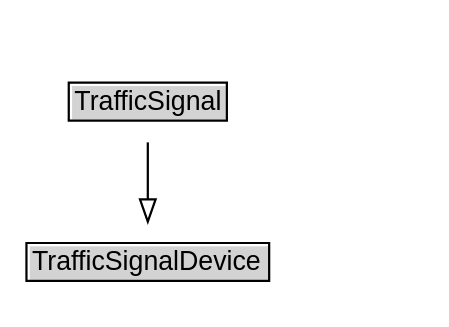
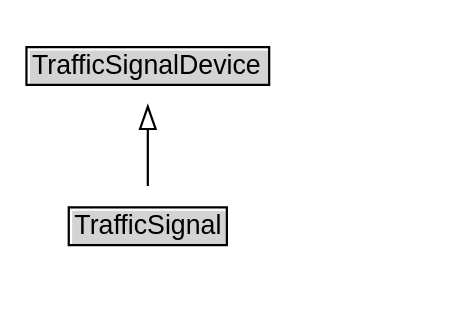
The diagram in docs/diagrams/TrafficSignal.dot (k-vaughn/ontology-its-regulation), drawn with Graphviz before and after one commit. The commit also changed 222 other files, not shown here.

```diff
--- a/docs/diagrams/TrafficSignal.dot
+++ b/docs/diagrams/TrafficSignal.dot
@@ -1,16 +1,19 @@
 // Diagram for TrafficSignal
 digraph {
 	graph [overlap=false rankdir=TB splines=true]
 	node [fontname=Arial fontsize=12 margin=0 shape=none]
 	edge [fontname=Arial fontsize=11]
+	{
+		rank=source
+		TrafficSignalDevice [label=<<TABLE BORDER="1" CELLBORDER="0" CELLSPACING="0" CELLPADDING="1"><TR><TD BGCOLOR="lightgray" ALIGN="CENTER">TrafficSignalDevice</TD></TR></TABLE>> URL="../TrafficSignalDevice" margin=0]
+	}
 	TrafficSignal [label=<<TABLE BORDER="1" CELLBORDER="0" CELLSPACING="0" CELLPADDING="1"><TR><TD BGCOLOR="lightgray" ALIGN="CENTER">TrafficSignal</TD></TR></TABLE>> URL="../TrafficSignal" margin=0]
 	{
 		rank=max
 	}
 	subgraph cluster_associated {
 		label="" style=invis
 		Invis [label=<<TABLE BORDER="0" CELLBORDER="0" CELLSPACING="0" CELLPADDING="1"><TR><TD></TD></TR></TABLE>> margin=0 style=invis]
 	}
-	TrafficSignalDevice [label=<<TABLE BORDER="1" CELLBORDER="0" CELLSPACING="0" CELLPADDING="1"><TR><TD BGCOLOR="lightgray" ALIGN="CENTER">TrafficSignalDevice</TD></TR></TABLE>> URL="../TrafficSignalDevice" margin=0]
 	TrafficSignal -> TrafficSignalDevice [arrowhead=onormal style=solid]
 }
```
